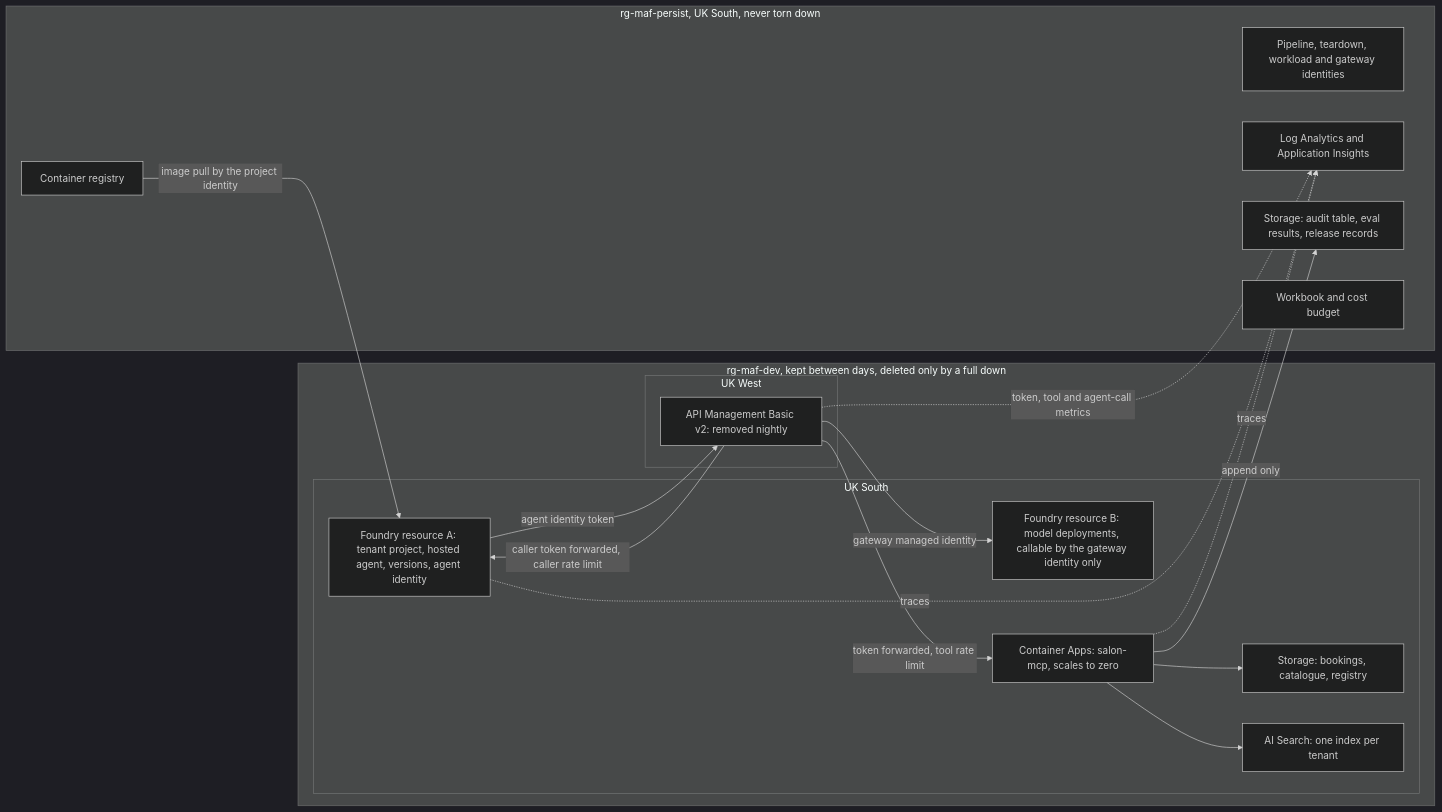
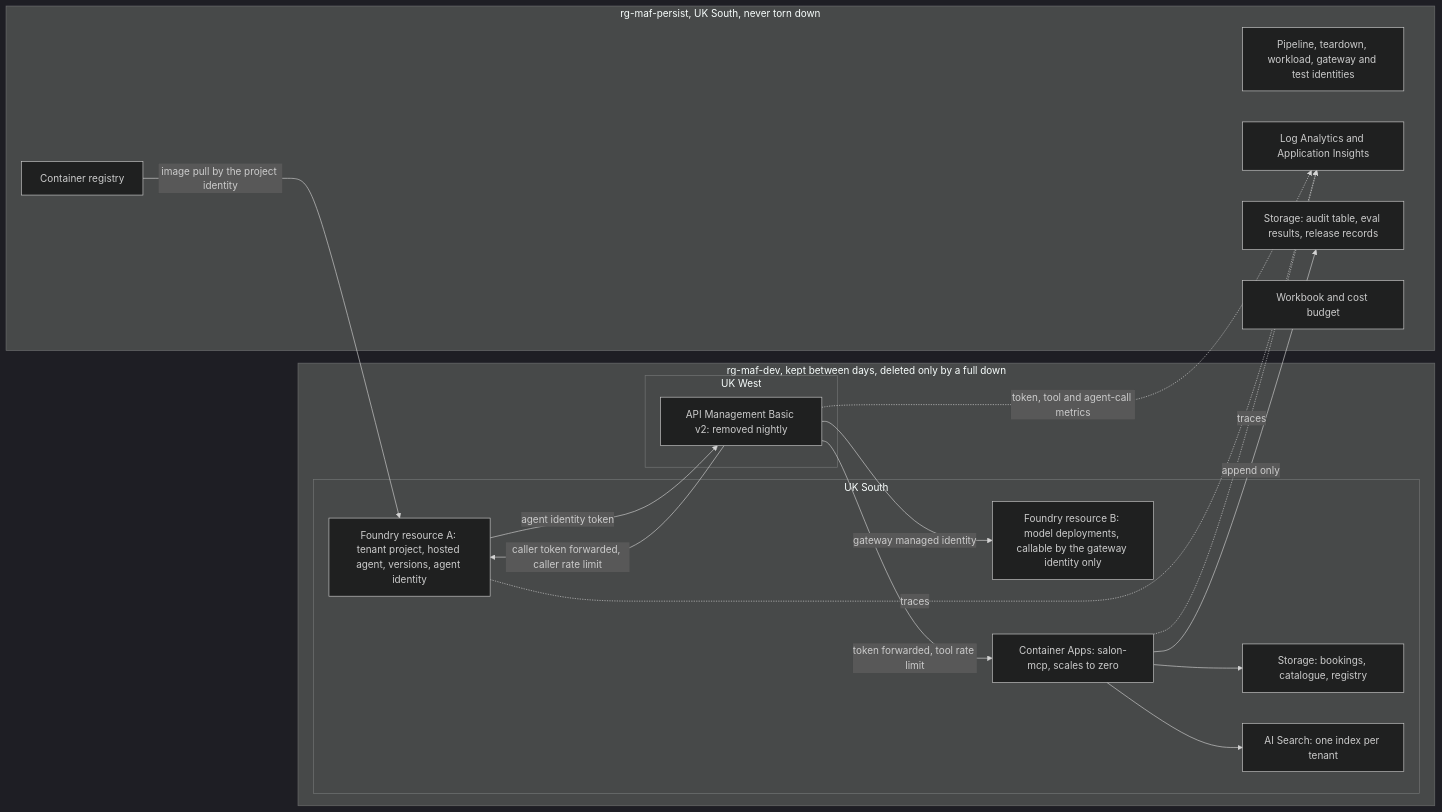
Before and after one commit to ranaidrees/MultiTenantAgentFactory: the third of 7 diagrams in docs/spec-phase-0-1.md, drawn with Mermaid (dark theme). The commit also changed other lines of this file, not shown here.

````diff
--- a/docs/spec-phase-0-1.md
+++ b/docs/spec-phase-0-1.md
@@ -258,33 +261,33 @@
 ```mermaid
 flowchart LR
   subgraph persist["rg-maf-persist, UK South, never torn down"]
-    ids["Pipeline, teardown, workload and gateway identities"]
+    ids["Pipeline, teardown, workload, gateway and test identities"]
     law["Log Analytics and Application Insights"]
     evid["Storage: audit table, eval results, release records"]
     acr["Container registry"]
     wb["Workbook and cost budget"]
   end
   subgraph env["rg-maf-dev, kept between days, deleted only by a full down"]
     subgraph uks["UK South"]
       fagent["Foundry resource A: tenant project, hosted agent, versions, agent identity"]
       fmodel["Foundry resource B: model deployments, callable by the gateway identity only"]
       aca["Container Apps: salon-mcp, scales to zero"]
       st["Storage: bookings, catalogue, registry"]
       srch["AI Search: one index per tenant"]
     end
     subgraph ukw["UK West"]
       gw["API Management Basic v2: removed nightly"]
     end
   end
   acr -->|"image pull by the project identity"| fagent
   gw -->|"caller token forwarded, caller rate limit"| fagent
   fagent -->|"agent identity token"| gw
   gw -->|"gateway managed identity"| fmodel
   gw -->|"token forwarded, tool rate limit"| aca
   aca --> st
   aca --> srch
   aca -->|"append only"| evid
   fagent -.->|"traces"| law
   aca -.->|"traces"| law
   gw -.->|"token, tool and agent-call metrics"| law
 ```
````
